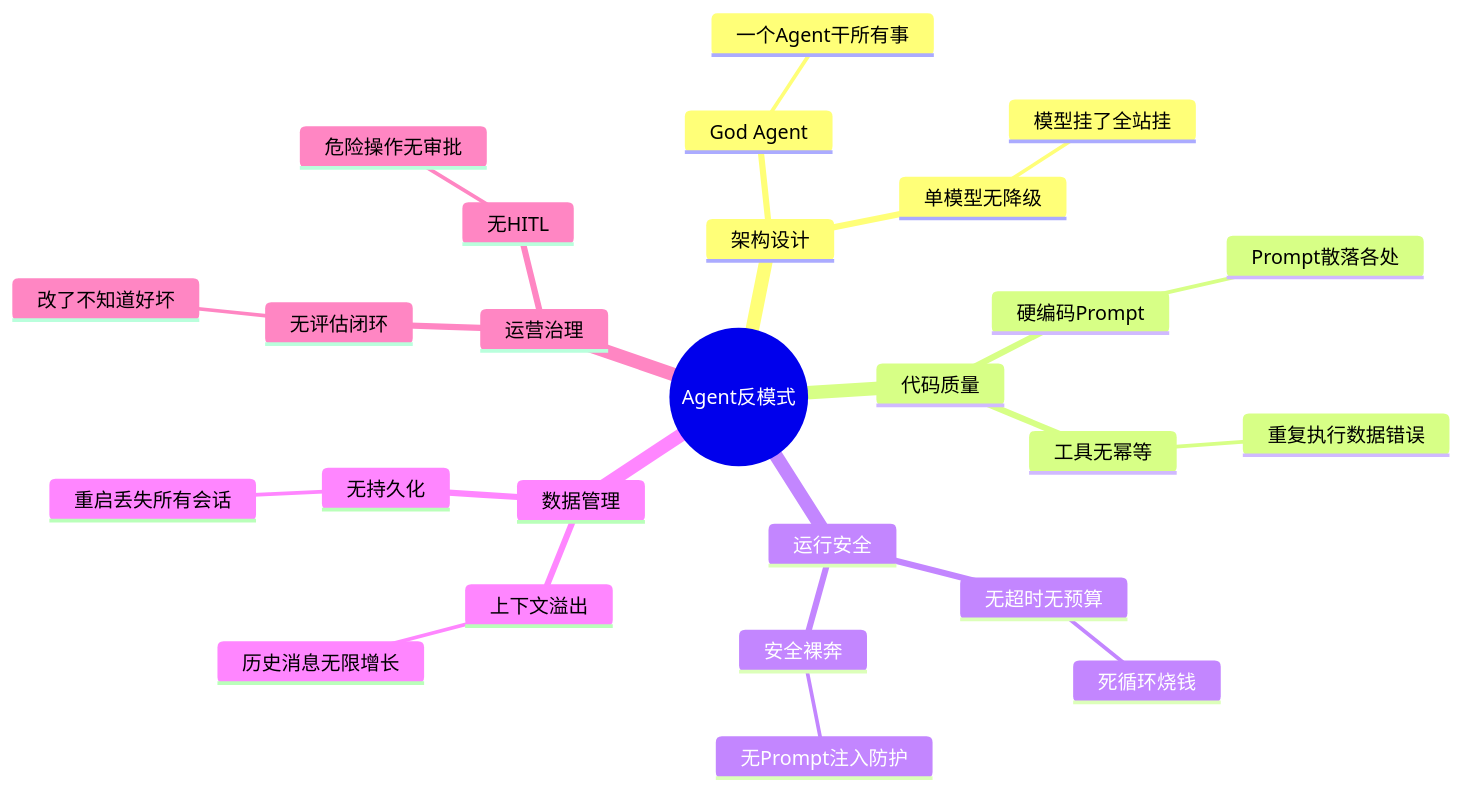
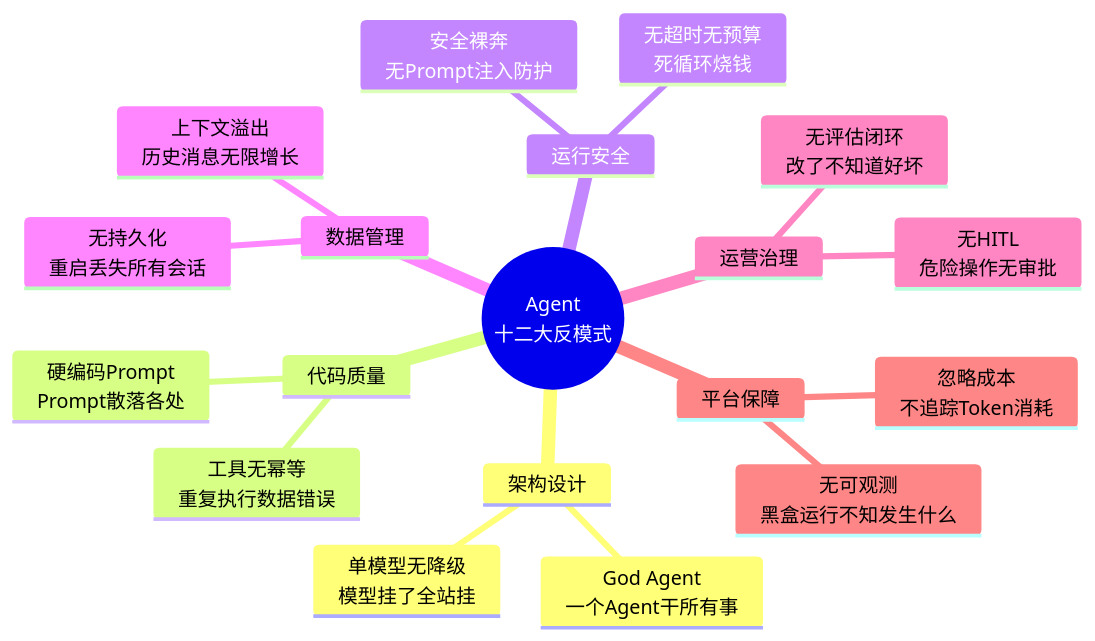
One commit to UranusGit/java-agent-learn changed the first of 16 diagrams in docs/教程/40-Agent架构反模式与避坑指南.md. Above: the diagram before and after it, drawn with Mermaid. The commit also changed other lines of this file and 19 other files, not shown here.

````diff
--- a/docs/教程/40-Agent架构反模式与避坑指南.md
+++ b/docs/教程/40-Agent架构反模式与避坑指南.md
@@ -17,29 +23,22 @@
 ```mermaid
 mindmap
-  root((Agent反模式))
+  root((Agent<br/>十二大反模式))
     架构设计
-      God Agent
-        一个Agent干所有事
-      单模型无降级
-        模型挂了全站挂
+      God Agent<br/>一个Agent干所有事
+      单模型无降级<br/>模型挂了全站挂
     代码质量
-      硬编码Prompt
-        Prompt散落各处
-      工具无幂等
-        重复执行数据错误
+      硬编码Prompt<br/>Prompt散落各处
+      工具无幂等<br/>重复执行数据错误
     运行安全
-      无超时无预算
-        死循环烧钱
-      安全裸奔
-        无Prompt注入防护
+      无超时无预算<br/>死循环烧钱
+      安全裸奔<br/>无Prompt注入防护
     数据管理
-      上下文溢出
-        历史消息无限增长
-      无持久化
-        重启丢失所有会话
+      上下文溢出<br/>历史消息无限增长
+      无持久化<br/>重启丢失所有会话
     运营治理
-      无评估闭环
-        改了不知道好坏
-      无HITL
-        危险操作无审批
+      无评估闭环<br/>改了不知道好坏
+      无HITL<br/>危险操作无审批
+    平台保障
+      无可观测<br/>黑盒运行不知发生什么
+      忽略成本<br/>不追踪Token消耗
 ```
````
